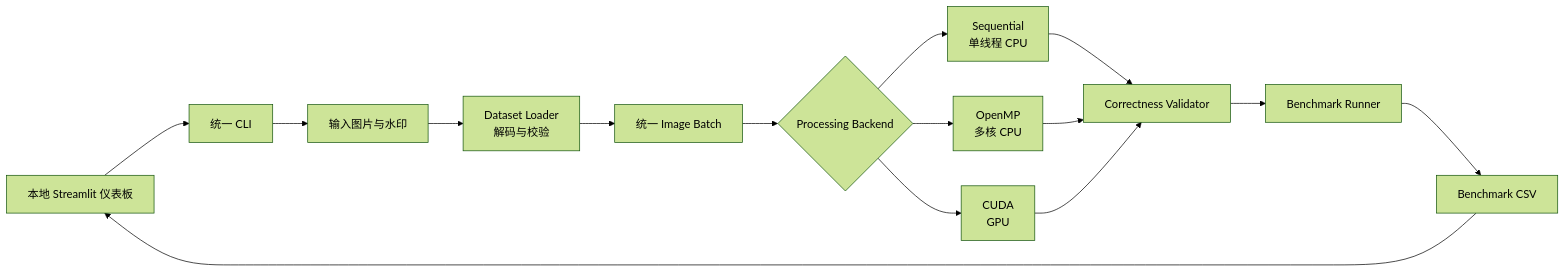
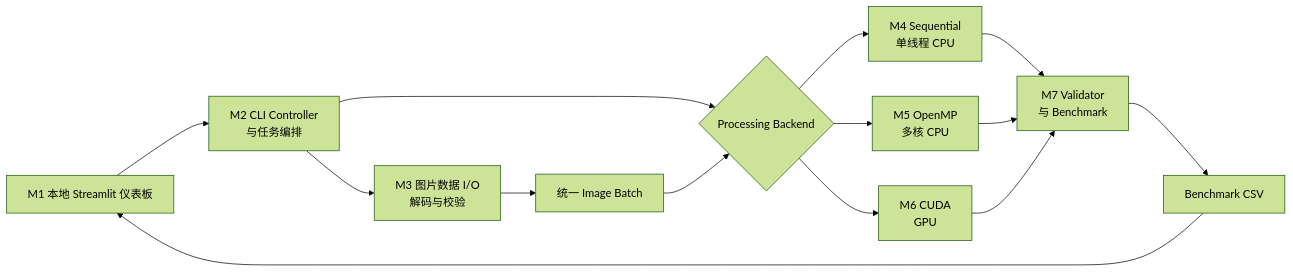
Before and after one commit to ZhangHui88888/ParallelPix: the diagram in docs/tech/技术架构文档.md, drawn with Mermaid (forest theme). The commit also changed other lines of this file and 3 other files, not shown here.

````diff
--- a/docs/tech/技术架构文档.md
+++ b/docs/tech/技术架构文档.md
@@ -32,17 +32,16 @@
 ```mermaid
 flowchart LR
-    U["本地 Streamlit 仪表板"] --> X["统一 CLI"]
-    X --> A
-    A["输入图片与水印"] --> B["Dataset Loader<br/>解码与校验"]
+    U["M1 本地 Streamlit 仪表板"] --> X["M2 CLI Controller<br/>与任务编排"]
+    X --> B["M3 图片数据 I/O<br/>解码与校验"]
     B --> C["统一 Image Batch"]
-    C --> D{"Processing Backend"}
-    D --> E["Sequential<br/>单线程 CPU"]
-    D --> F["OpenMP<br/>多核 CPU"]
-    D --> G["CUDA<br/>GPU"]
-    E --> H["Correctness Validator"]
+    X --> D{"Processing Backend"}
+    C --> D
+    D --> E["M4 Sequential<br/>单线程 CPU"]
+    D --> F["M5 OpenMP<br/>多核 CPU"]
+    D --> G["M6 CUDA<br/>GPU"]
+    E --> H["M7 Validator<br/>与 Benchmark"]
     F --> H
     G --> H
-    H --> I["Benchmark Runner"]
-    I --> J["Benchmark CSV"]
+    H --> J["Benchmark CSV"]
     J --> U
 ```
````
